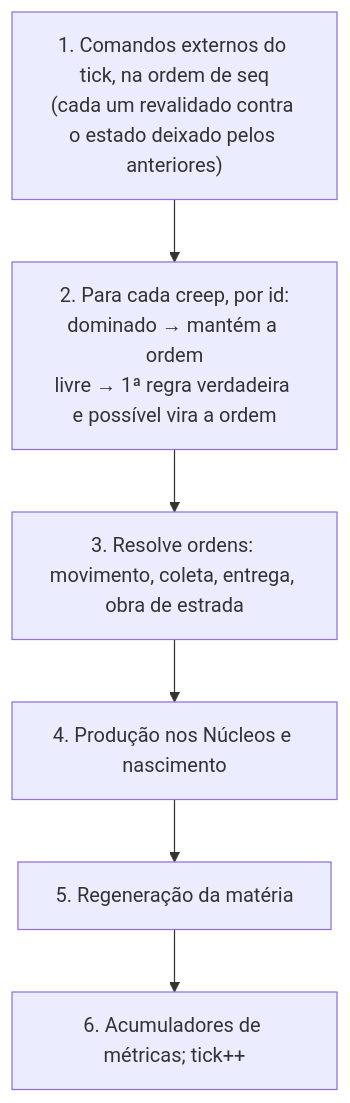
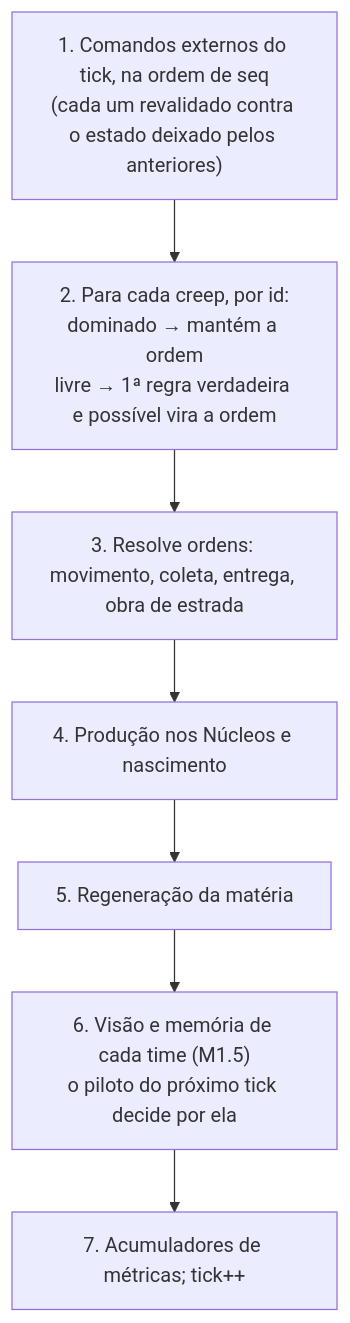
The sixth of 8 diagrams in docs/OVERVIEW.md (eliasfeijo/geometrix), drawn with Mermaid before and after one commit. The commit also changed other lines of this file, not shown here.

````diff
--- a/docs/OVERVIEW.md
+++ b/docs/OVERVIEW.md
@@ -257,9 +265,10 @@
 ```mermaid
 flowchart TD
     A["1. Comandos externos do tick, na ordem de seq<br/>(cada um revalidado contra o estado deixado pelos anteriores)"] --> B
     B["2. Para cada creep, por id:<br/>dominado → mantém a ordem<br/>livre → 1ª regra verdadeira e possível vira a ordem"] --> C
     C["3. Resolve ordens: movimento, coleta, entrega, obra de estrada"] --> D
     D["4. Produção nos Núcleos e nascimento"] --> E
-    E["5. Regeneração da matéria"] --> F
-    F["6. Acumuladores de métricas; tick++"]
+    E["5. Regeneração da matéria"] --> V
+    V["6. Visão e memória de cada time (M1.5)<br/>o piloto do próximo tick decide por ela"] --> F
+    F["7. Acumuladores de métricas; tick++"]
 ```
````
